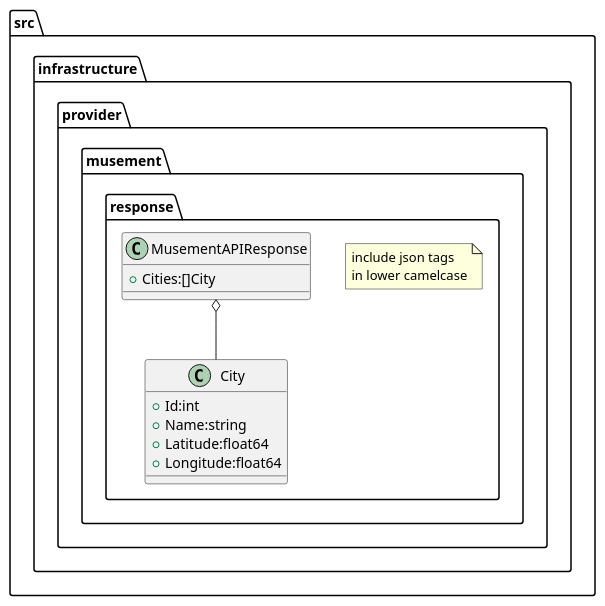
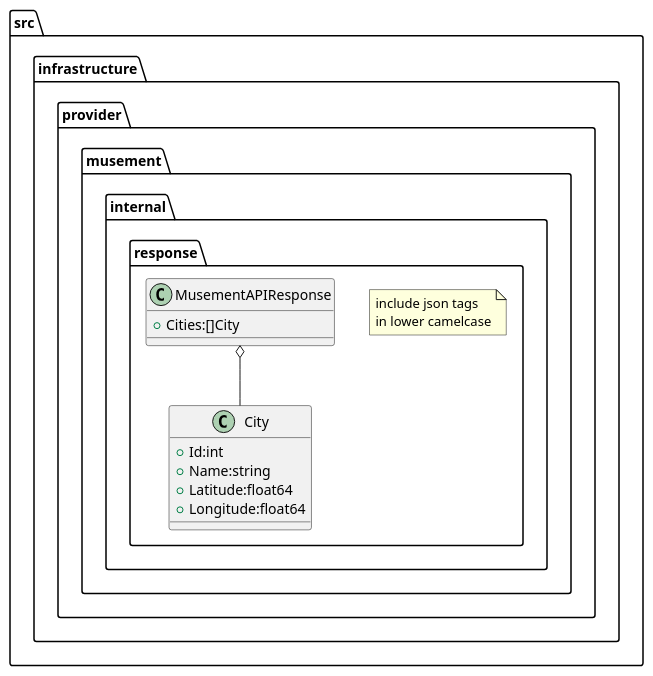
Before and after one commit to micoyeye22/TUITechHomework: the diagram in docs/usecases/getforecastforcities/providers/musementapi/response/musement_api_response.puml, drawn with PlantUML. The commit also changed 16 other files, not shown here.

First line of the commit message:
Feature-4  - Musement provider (#4)

```diff
--- a/docs/usecases/getforecastforcities/providers/musementapi/response/musement_api_response.puml
+++ b/docs/usecases/getforecastforcities/providers/musementapi/response/musement_api_response.puml
@@ -1,23 +1,23 @@
 @startuml
 
-package "src.infrastructure.provider.musement.response" {
+package "src.infrastructure.provider.musement.internal.response" {
     note as n1
         include json tags
         in lower camelcase
     end note
 
     class MusementAPIResponse {
         + Cities:[]City
     }
 
     class City {
         + Id:int
         + Name:string
         + Latitude:float64
         + Longitude:float64
     }
 }
 
 MusementAPIResponse o-- City
 
 @enduml
```
